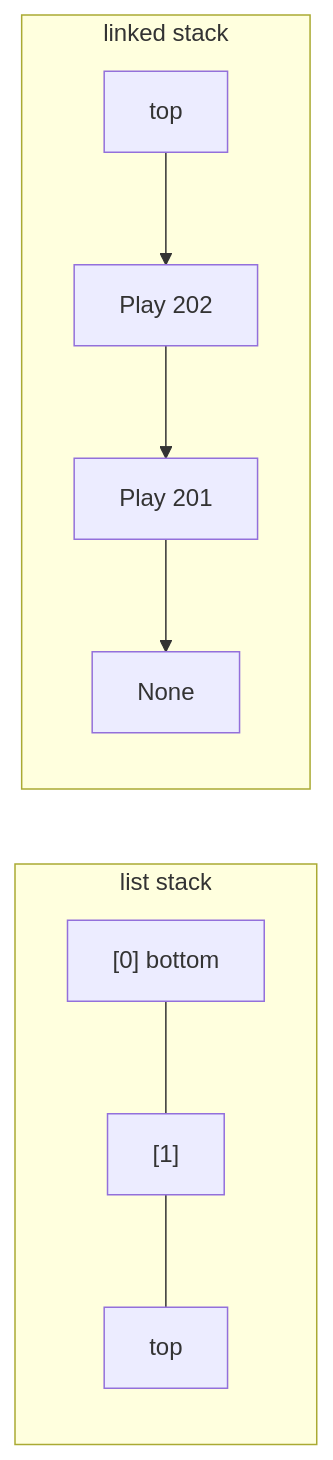
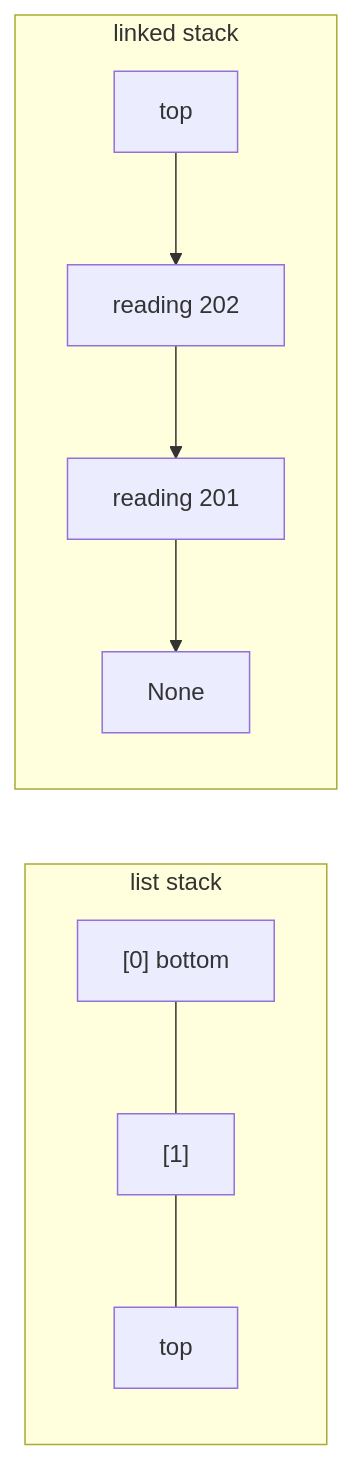
Before and after one commit to qgjones9/python-programming-guide: the sixth of 8 diagrams in docs/dsa/data-structures/stacks/index.md, drawn with Mermaid. The commit also changed other lines of this file and 29 other files, not shown here.

````diff
--- a/docs/dsa/data-structures/stacks/index.md
+++ b/docs/dsa/data-structures/stacks/index.md
@@ -467,11 +458,11 @@
 ```mermaid
 flowchart LR
   subgraph list_impl["list stack"]
     A0["[0] bottom"] --- A1["[1]"] --- A2["top"]
   end
   subgraph linked_impl["linked stack"]
-    TOP["top"] --> N1["Play 202"]
-    N1 --> N2["Play 201"]
+    TOP["top"] --> N1["reading 202"]
+    N1 --> N2["reading 201"]
     N2 --> NIL["None"]
   end
 ```
````
